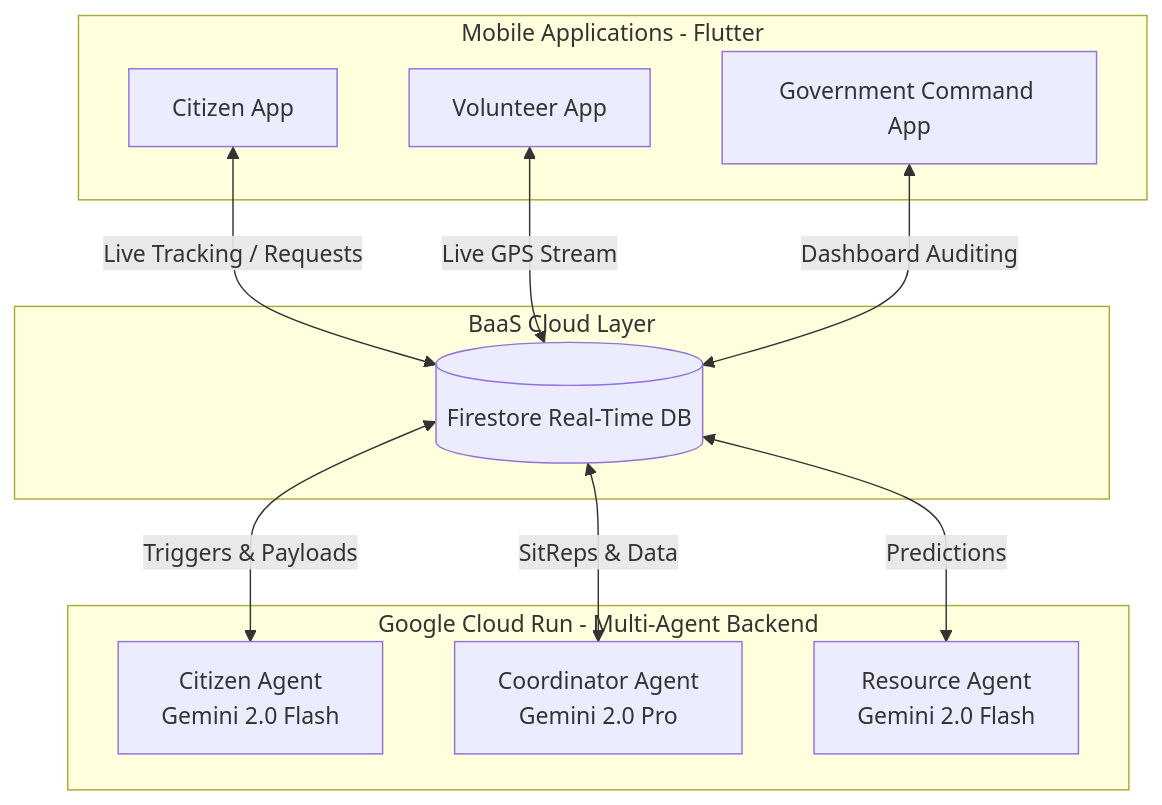
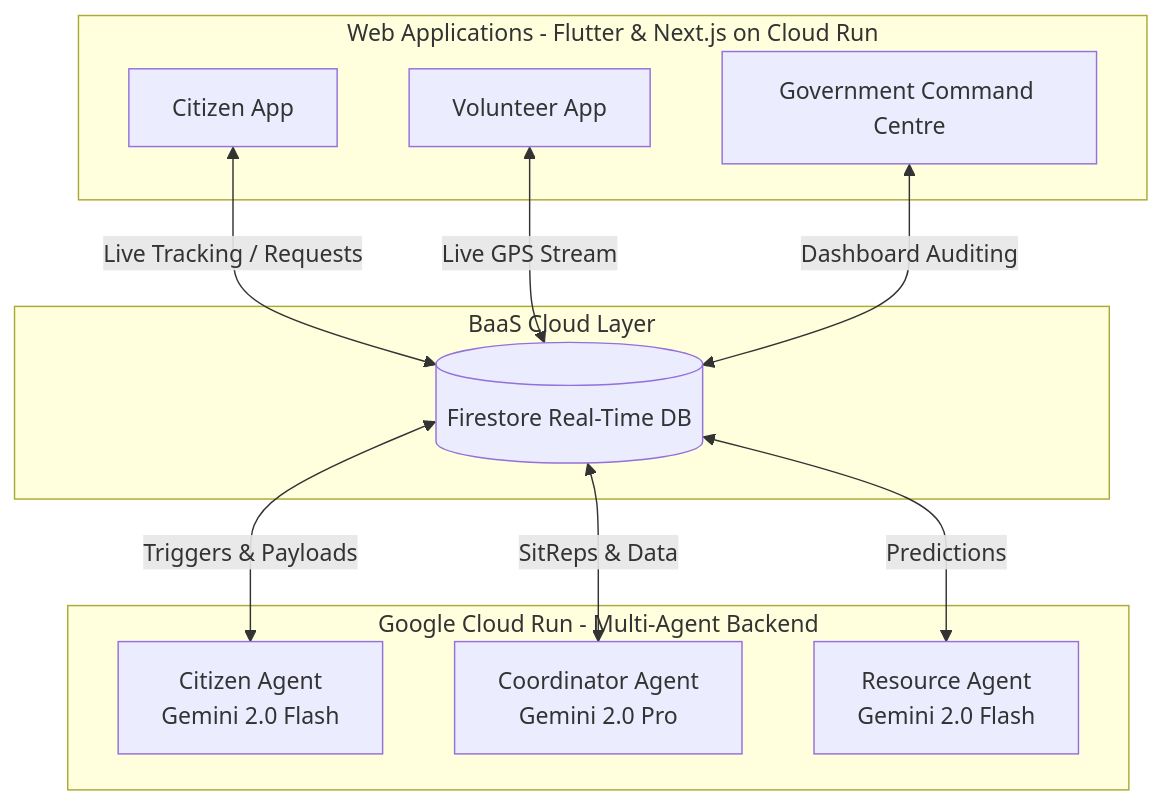
Before and after one commit to yapyap06/FloodSense: the diagram in README.md, drawn with Mermaid. The commit also changed other lines of this file and 7 other files, not shown here.

Commit message:
deploy: remove APK, add Cloud Run Dockerfiles, rewrite README with live web URLs

````diff
--- a/README.md
+++ b/README.md
@@ -62,26 +68,26 @@
 ```mermaid
 graph TD
-    subgraph Frontend [Mobile Applications - Flutter]
+    subgraph Frontend [Web Applications - Flutter & Next.js on Cloud Run]
         C[Citizen App]
         V[Volunteer App]
-        G[Government Command App]
+        G[Government Command Centre]
     end
 
     subgraph Database [BaaS Cloud Layer]
         FS[(Firestore Real-Time DB)]
     end
 
     subgraph Backend [Google Cloud Run - Multi-Agent Backend]
         CA[Citizen Agent<br>Gemini 2.0 Flash]
         CO[Coordinator Agent<br>Gemini 2.0 Pro]
         RA[Resource Agent<br>Gemini 2.0 Flash]
     end
 
     C <--> |Live Tracking / Requests| FS
     V <--> |Live GPS Stream| FS
     G <--> |Dashboard Auditing| FS
 
     FS <--> |Triggers & Payloads| CA
     FS <--> |SitReps & Data| CO
     FS <--> |Predictions| RA
 ```
````
